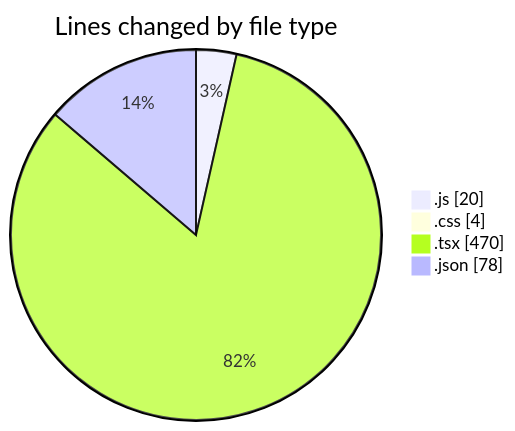
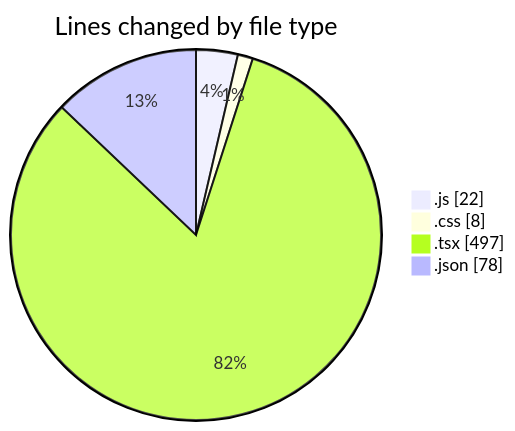
One commit to Ritupan-Deka/code-tracking changed the first of 2 diagrams in 2025-06-19/scopecraft/README.md. Above: the diagram before and after it, drawn with Mermaid. The commit also changed other lines of this file and 1 other file, not shown here.

````diff
--- a/2025-06-19/scopecraft/README.md
+++ b/2025-06-19/scopecraft/README.md
@@ -33,8 +33,8 @@
 ```mermaid
 pie showData
 title Lines changed by file type
-".js" : 20
-".css" : 4
-".tsx" : 470
+".js" : 22
+".css" : 8
+".tsx" : 497
 ".json" : 78
 ```
````
